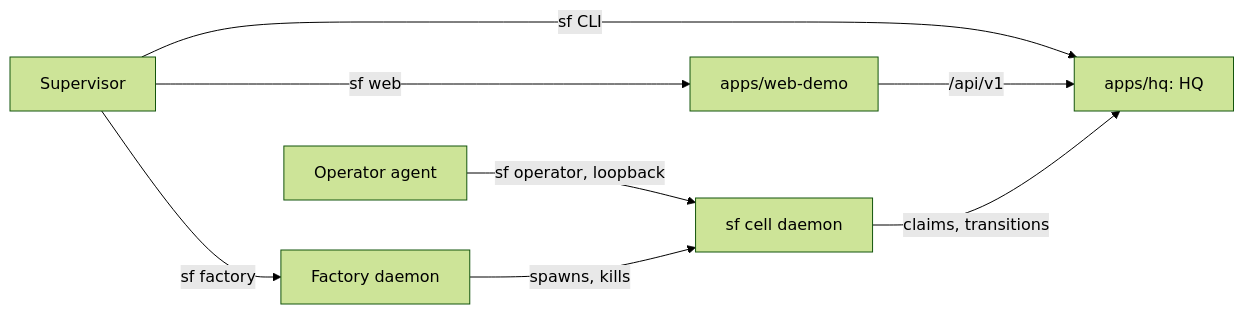
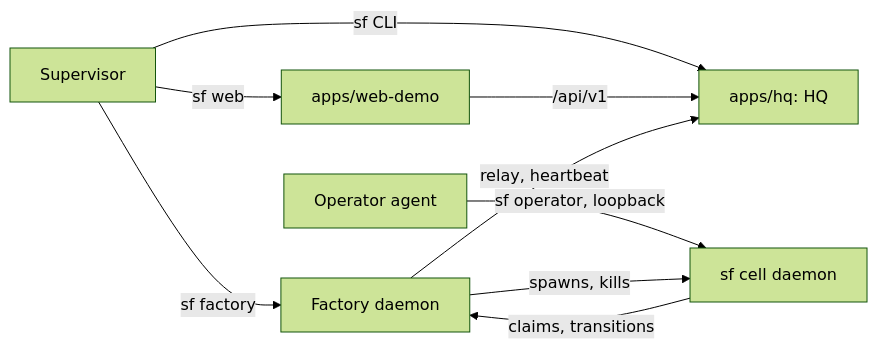
The diagram in docs/architecture.md (xyashino/software-factory), drawn with Mermaid (forest theme) before and after one commit. The commit also changed other lines of this file and 23 other files, not shown here.

````diff
--- a/docs/architecture.md
+++ b/docs/architecture.md
@@ -25,10 +29,11 @@
 ```mermaid
 flowchart LR
   S[Supervisor] -->|sf CLI| H[apps/hq: HQ]
   S -->|sf web| W[apps/web-demo]
   W -->|/api/v1| H
-  C[sf cell daemon] -->|claims, transitions| H
+  C[sf cell daemon] -->|claims, transitions| FD
+  FD -->|relay, heartbeat| H
   A[Operator agent] -->|sf operator, loopback| C
   S -->|sf factory| FD[Factory daemon]
   FD -->|spawns, kills| C
 ```
````
